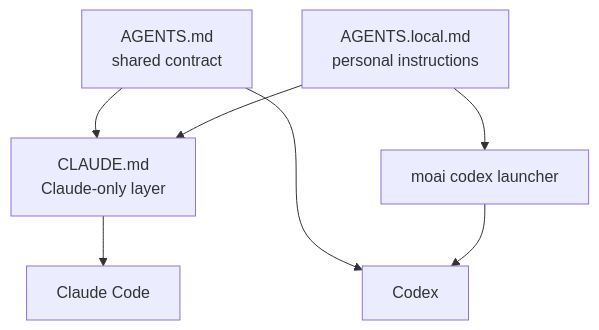
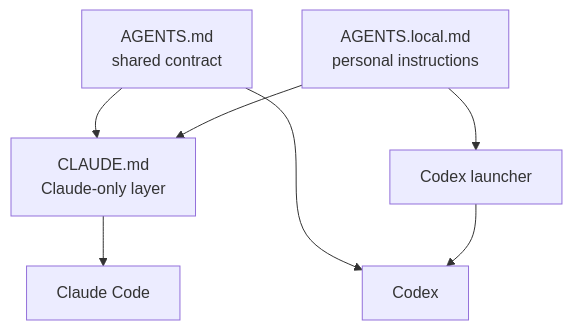
Before and after one commit to modu-ai/moai-adk: the fifth of 5 diagrams in docs-site/content/en/advanced/claude-md-guide.md, drawn with Mermaid. The commit also changed other lines of this file and 31 other files, not shown here.

First line of the commit message:
[t2022] docs: remove Codex lane guidance and non-working moai codex commands in docs-site 4 locales and READMEs (card t2022)

````diff
--- a/docs-site/content/en/advanced/claude-md-guide.md
+++ b/docs-site/content/en/advanced/claude-md-guide.md
@@ -366,9 +366,9 @@
 ```mermaid
 flowchart TD
     A["AGENTS.md<br/>shared contract"] --> C["CLAUDE.md<br/>Claude-only layer"]
     L["AGENTS.local.md<br/>personal instructions"] --> C
     C --> CC["Claude Code"]
     A --> X["Codex"]
-    L --> R["moai codex launcher"]
+    L --> R["Codex launcher"]
     R --> X
 ```
````
